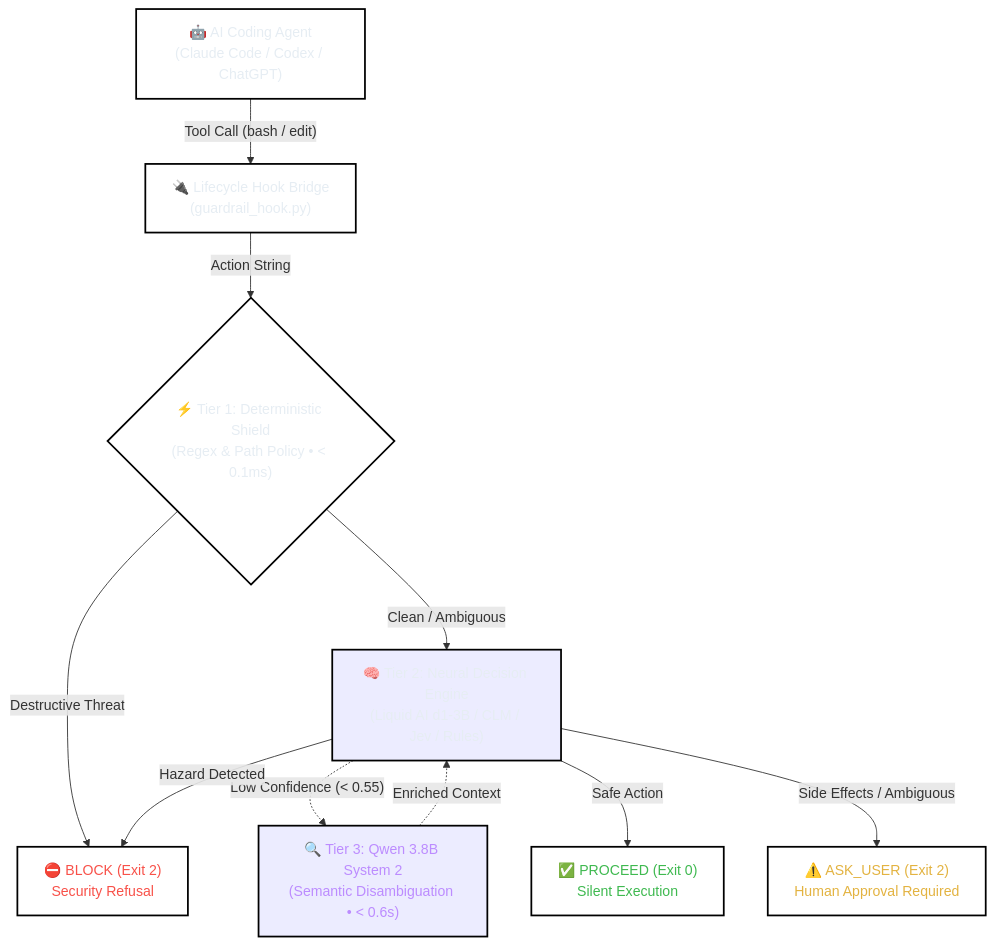
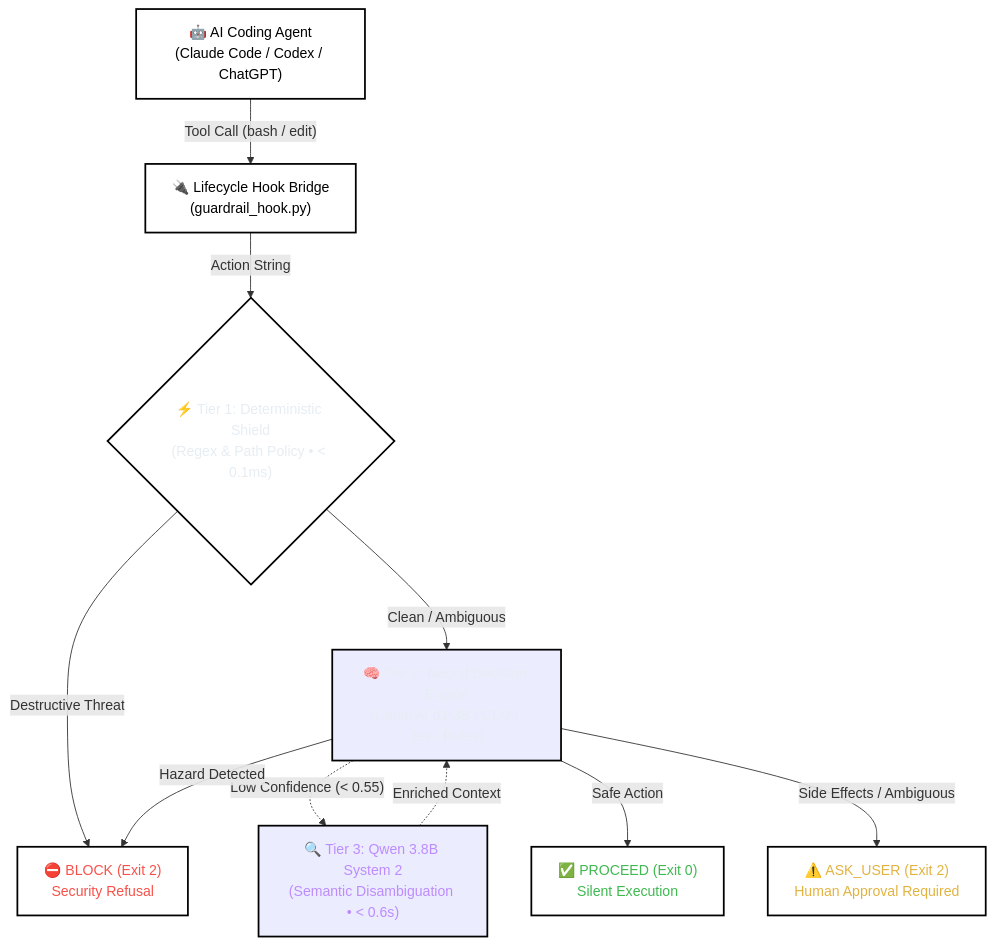
The diagram in README.md (Bl4ckk01/agent-guardrail), drawn with Mermaid before and after one commit. The commit also changed other lines of this file, not shown here.

````diff
--- a/README.md
+++ b/README.md
@@ -138,35 +130,35 @@
 ```mermaid
 flowchart TD
     AGENT["🤖 AI Coding Agent<br/>(Claude Code / Codex / ChatGPT)"]
     HOOK["🔌 Lifecycle Hook Bridge<br/>(guardrail_hook.py)"]
     TIER1{"⚡ Tier 1: Deterministic Shield<br/>(Regex &amp; Path Policy &bull; &lt; 0.1ms)"}
 
     TIER2["🧠 Tier 2: Neural Decision Engine<br/>(Liquid AI d1-3B / CLM / Jev / Rules)"]
     TIER3["🔍 Tier 3: Qwen 3.8B System 2<br/>(Semantic Disambiguation &bull; &lt; 0.6s)"]
 
     PROCEED["✅ PROCEED (Exit 0)<br/>Silent Execution"]
     ASK["⚠️ ASK_USER (Exit 2)<br/>Human Approval Required"]
     BLOCK["⛔ BLOCK (Exit 2)<br/>Security Refusal"]
 
     AGENT -->|"Tool Call (bash / edit)"| HOOK
     HOOK -->|"Action String"| TIER1
 
     TIER1 -->|"Destructive Threat"| BLOCK
     TIER1 -->|"Clean / Ambiguous"| TIER2
 
     TIER2 -.->|"Low Confidence (&lt; 0.55)"| TIER3
     TIER3 -.->|"Enriched Context"| TIER2
 
     TIER2 -->|"Safe Action"| PROCEED
     TIER2 -->|"Side Effects / Ambiguous"| ASK
     TIER2 -->|"Hazard Detected"| BLOCK
 
-    style AGENT fill:#ffffff,stroke:#000000,stroke-width:2px,color:#e6edf3
-    style HOOK fill:#ffffff,stroke:#000000,stroke-width:2px,color:#e6edf3
+    style AGENT fill:#ffffff,stroke:#000000,stroke-width:2px,color:#000000
+    style HOOK fill:#ffffff,stroke:#000000,stroke-width:2px,color:#000000
     style TIER1 fill:#ffffff,stroke:#000000,stroke-width:2px,color:#e6edf3
     style TIER2 fill:fill:#ffffff,stroke:#000000,stroke-width:2px,color:#e6edf3
     style TIER3 fill:fill:#ffffff,stroke:#000000,stroke-width:2px,color:#bc8cff
     style PROCEED fill:#ffffff,stroke:#000000,stroke-width:2px,color:#3fb950
     style ASK fill:#ffffff,stroke:#000000,stroke-width:2px,color:#e3b341
     style BLOCK fill:#ffffff,stroke:#000000,stroke-width:2px,color:#f85149
 ```
````
